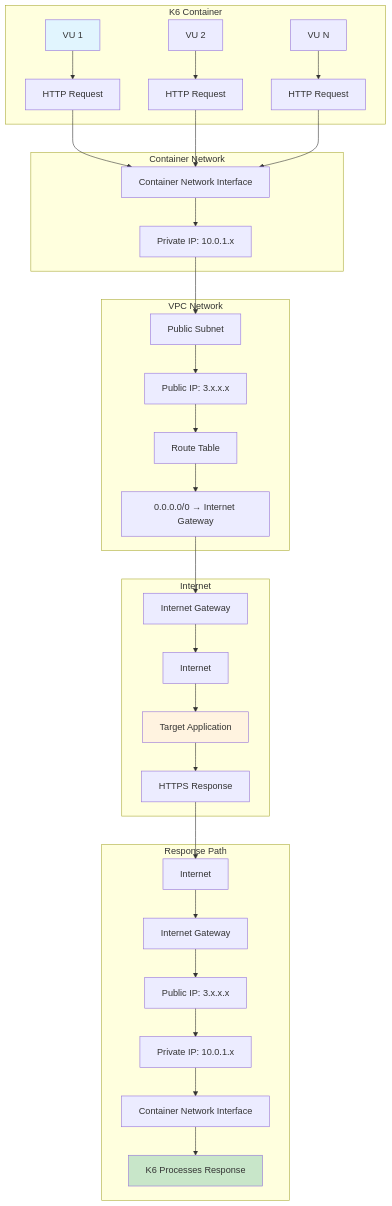
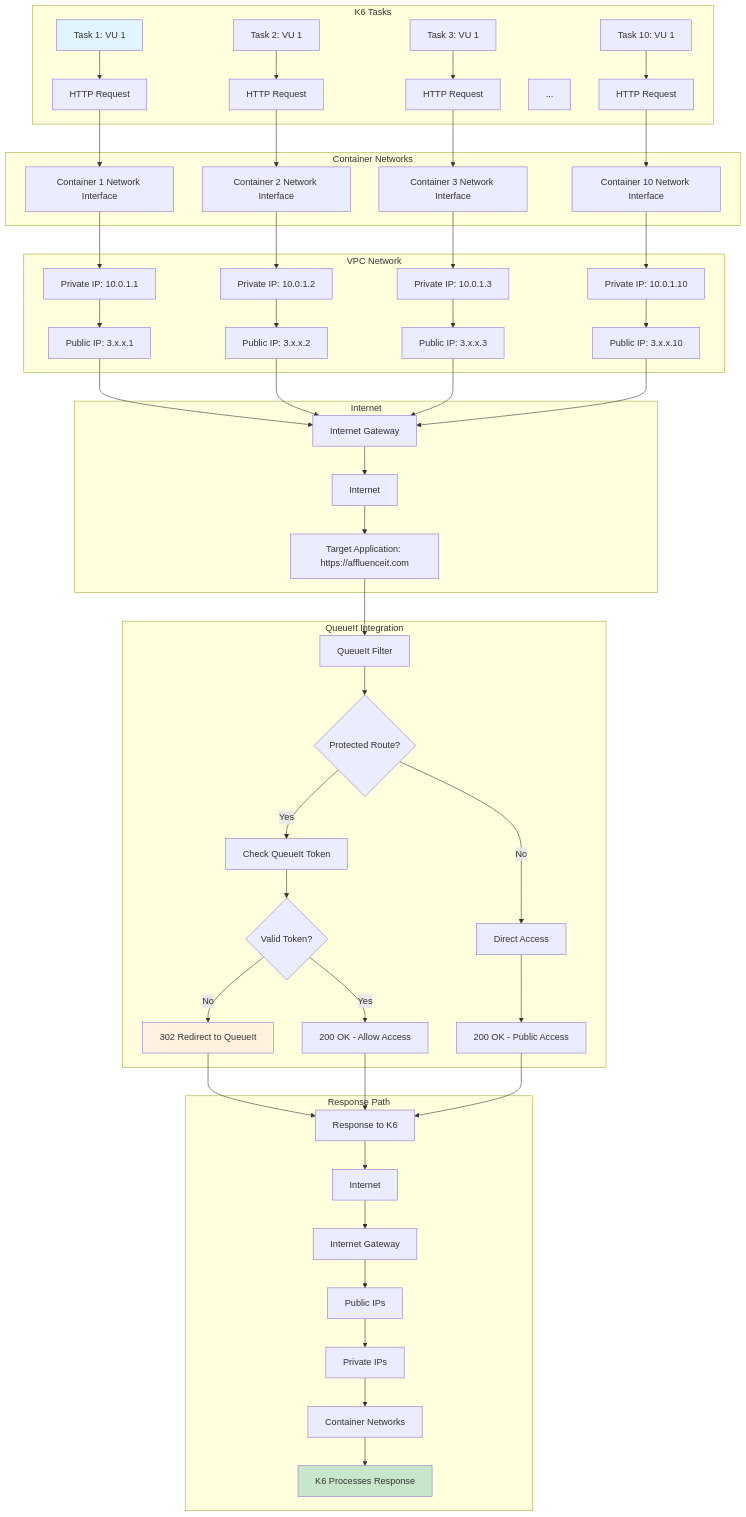
The sixth of 8 diagrams in testing-projects/iploads-with-k6-container/FLOWCHARTS.md (stprojects3006/aflow-app), drawn with Mermaid before and after one commit. The commit also changed other lines of this file and 39 other files, not shown here.

````diff
--- a/testing-projects/iploads-with-k6-container/FLOWCHARTS.md
+++ b/testing-projects/iploads-with-k6-container/FLOWCHARTS.md
@@ -376,42 +473,67 @@
 ```mermaid
 flowchart TD
-    subgraph "K6 Container"
-        A[VU 1] --> B[HTTP Request]
-        C[VU 2] --> D[HTTP Request]
-        E[VU N] --> F[HTTP Request]
+    subgraph "K6 Tasks"
+        A[Task 1: VU 1] --> B[HTTP Request]
+        C[Task 2: VU 1] --> D[HTTP Request]
+        E[Task 3: VU 1] --> F[HTTP Request]
+        G[...]
+        H[Task 10: VU 1] --> I[HTTP Request]
     end
     
-    subgraph "Container Network"
-        B --> G[Container Network Interface]
-        D --> G
-        F --> G
-        G --> H[Private IP: 10.0.1.x]
+    subgraph "Container Networks"
+        B --> J[Container 1 Network Interface]
+        D --> K[Container 2 Network Interface]
+        F --> L[Container 3 Network Interface]
+        I --> M[Container 10 Network Interface]
     end
     
     subgraph "VPC Network"
-        H --> I[Public Subnet]
-        I --> J[Public IP: 3.x.x.x]
-        J --> K[Route Table]
-        K --> L[0.0.0.0/0 → Internet Gateway]
+        J --> N[Private IP: 10.0.1.1]
+        K --> O[Private IP: 10.0.1.2]
+        L --> P[Private IP: 10.0.1.3]
+        M --> Q[Private IP: 10.0.1.10]
+        
+        N --> R[Public IP: 3.x.x.1]
+        O --> S[Public IP: 3.x.x.2]
+        P --> T[Public IP: 3.x.x.3]
+        Q --> U[Public IP: 3.x.x.10]
     end
     
     subgraph "Internet"
-        L --> M[Internet Gateway]
-        M --> N[Internet]
-        N --> O[Target Application]
-        O --> P[HTTPS Response]
+        R --> V[Internet Gateway]
+        S --> V
+        T --> V
+        U --> V
+        V --> W[Internet]
+        W --> X[Target Application: https://affluenceit.com]
+    end
+    
+    subgraph "QueueIt Integration"
+        X --> Y[QueueIt Filter]
+        Y --> Z{Protected Route?}
+        Z -->|Yes| AA[Check QueueIt Token]
+        Z -->|No| BB[Direct Access]
+        
+        AA --> CC{Valid Token?}
+        CC -->|No| DD[302 Redirect to QueueIt]
+        CC -->|Yes| EE[200 OK - Allow Access]
+        BB --> FF[200 OK - Public Access]
     end
     
     subgraph "Response Path"
-        P --> Q[Internet]
-        Q --> R[Internet Gateway]
-        R --> S[Public IP: 3.x.x.x]
-        S --> T[Private IP: 10.0.1.x]
-        T --> U[Container Network Interface]
-        U --> V[K6 Processes Response]
+        DD --> GG[Response to K6]
+        EE --> GG
+        FF --> GG
+        
+        GG --> HH[Internet]
+        HH --> II[Internet Gateway]
+        II --> JJ[Public IPs]
+        JJ --> KK[Private IPs]
+        KK --> LL[Container Networks]
+        LL --> MM[K6 Processes Response]
     end
     
     style A fill:#e1f5fe
-    style O fill:#fff3e0
-    style V fill:#c8e6c9
+    style DD fill:#fff3e0
+    style MM fill:#c8e6c9
 ```
````
